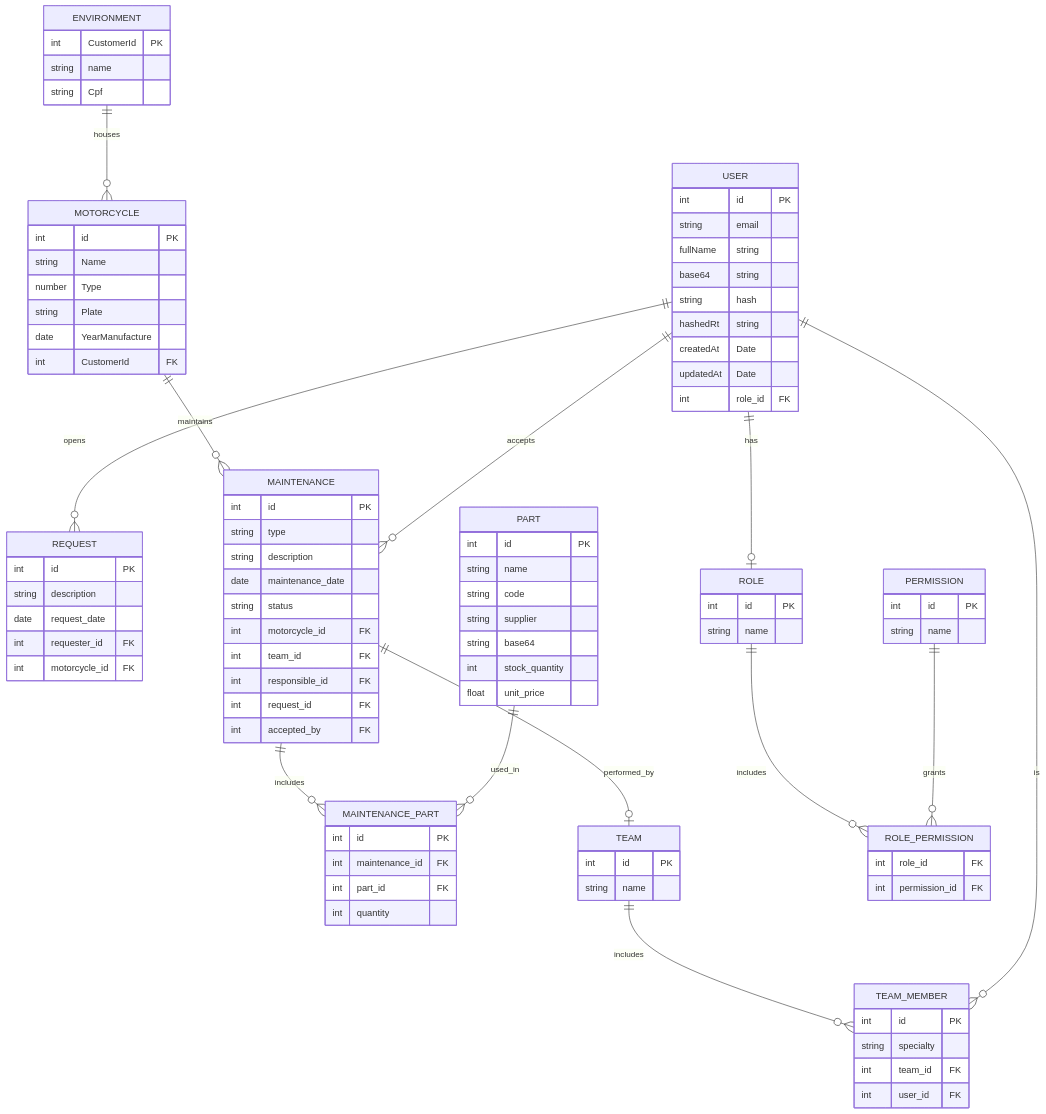
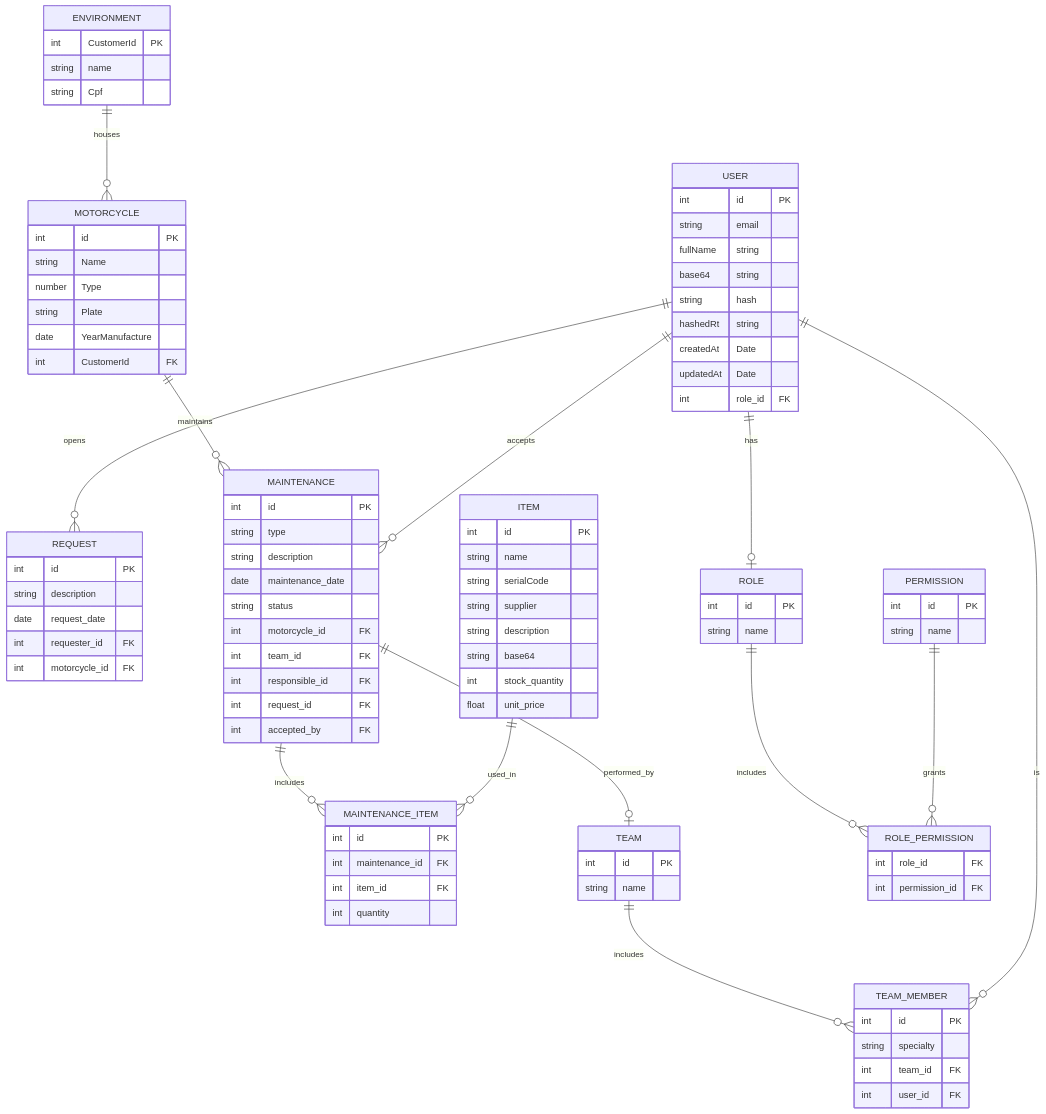
The diagram in web/doc/er.md (gabrielcavalcant/maintaner-ads), drawn with Mermaid before and after one commit. The commit also changed 24 other files, not shown here.

Commit message:
refactor: refactor part to item

```diff
--- a/web/doc/er.md
+++ b/web/doc/er.md
@@ -32,17 +32,18 @@
         int request_id FK
         int accepted_by FK
     }
-    MAINTENANCE_PART {
+    MAINTENANCE_ITEM {
         int id PK
         int maintenance_id FK
-        int part_id FK
+        int item_id FK
         int quantity
     }
-    PART {
+    ITEM {
         int id PK
         string name
-        string code
+        string serialCode
         string supplier
+        string description
         string base64
         int stock_quantity
         float unit_price
@@ -83,8 +84,8 @@
 
     ENVIRONMENT ||--o{ MOTORCYCLE : houses
     MOTORCYCLE ||--o{ MAINTENANCE : maintains
-    MAINTENANCE ||--o{ MAINTENANCE_PART : includes
-    PART ||--o{ MAINTENANCE_PART : used_in
+    MAINTENANCE ||--o{ MAINTENANCE_ITEM : includes
+    ITEM ||--o{ MAINTENANCE_ITEM : used_in
     MAINTENANCE ||--o| TEAM : performed_by
     TEAM ||--o{ TEAM_MEMBER : includes
     USER ||--o{ REQUEST : opens
```
